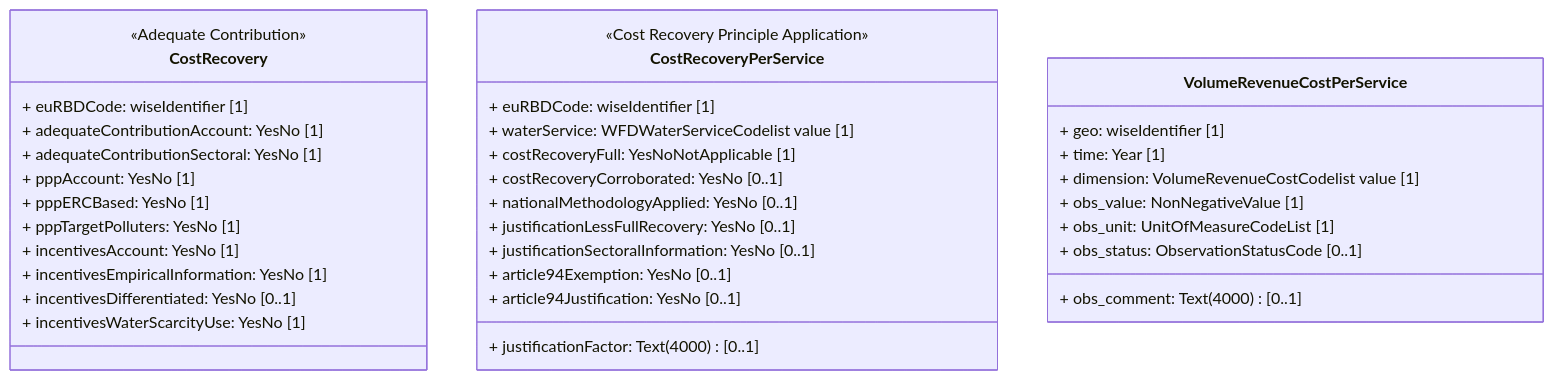
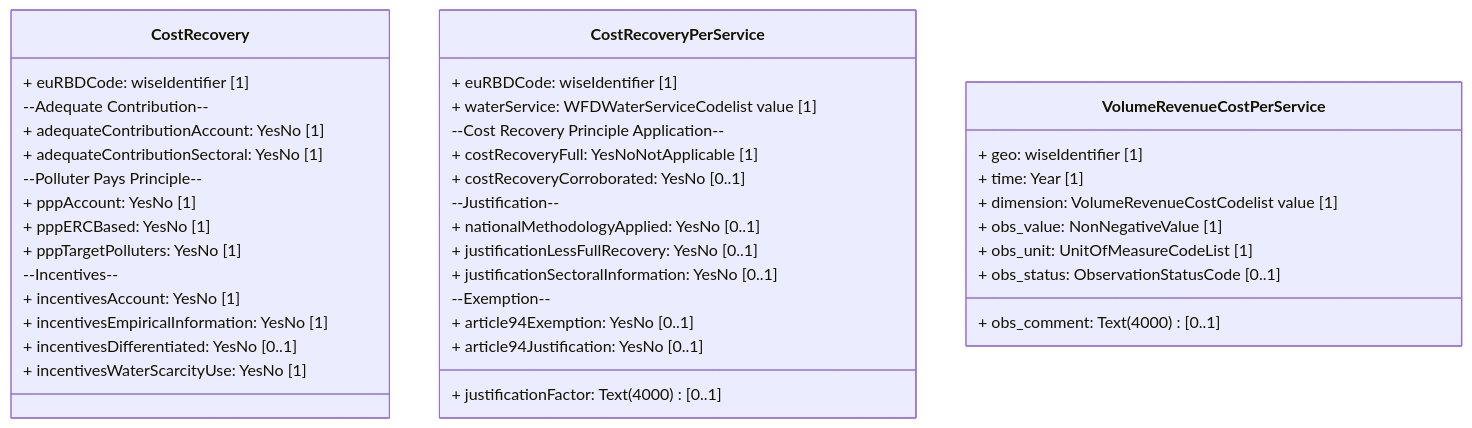
The diagram in docs/DataModelReview/mmd/EconomicAnalysis_RevenueandCosts.mmd (eeadata/WISE.WFD.Documentation), drawn with Mermaid before and after one commit. The commit also changed 22 other files, not shown here.

```diff
--- a/docs/DataModelReview/mmd/EconomicAnalysis_RevenueandCosts.mmd
+++ b/docs/DataModelReview/mmd/EconomicAnalysis_RevenueandCosts.mmd
@@ -1,50 +1,55 @@
 classDiagram
     direction TB
 
     class CostRecovery {
         + euRBDCode: wiseIdentifier [1]
 
-        <<Adequate Contribution>>
+        --Adequate Contribution--
+
         + adequateContributionAccount: YesNo [1]
         + adequateContributionSectoral: YesNo [1]
 
-        <<Polluter Pays Principle>>
+        --Polluter Pays Principle--
+
         + pppAccount: YesNo [1]
         + pppERCBased: YesNo [1]
         + pppTargetPolluters: YesNo [1]
 
-        <<Incentives>>
+        --Incentives--
         + incentivesAccount: YesNo [1]
         + incentivesEmpiricalInformation: YesNo [1]
         + incentivesDifferentiated: YesNo [0..1]
         + incentivesWaterScarcityUse: YesNo [1]
     }
 
     class CostRecoveryPerService {
         + euRBDCode: wiseIdentifier [1]
         + waterService: WFDWaterServiceCodelist value [1]
 
-        <<Cost Recovery Principle Application>>
+        --Cost Recovery Principle Application--
+
         + costRecoveryFull: YesNoNotApplicable [1]
         + costRecoveryCorroborated: YesNo [0..1]
 
-        <<Justification>>
+        --Justification--
+
         + nationalMethodologyApplied: YesNo [0..1]
         + justificationLessFullRecovery: YesNo [0..1]
         + justificationFactor: Text(4000) [0..1]
         + justificationSectoralInformation: YesNo [0..1]
 
-        <<Exemption>>
+        --Exemption--
+
         + article94Exemption: YesNo [0..1]
         + article94Justification: YesNo [0..1]
     }
 
     class VolumeRevenueCostPerService {
         + geo: wiseIdentifier [1]
         + time: Year [1]
         + dimension: VolumeRevenueCostCodelist value [1]
         + obs_value: NonNegativeValue [1]
         + obs_unit: UnitOfMeasureCodeList [1]
         + obs_status: ObservationStatusCode [0..1]
         + obs_comment: Text(4000) [0..1]
     }
```
